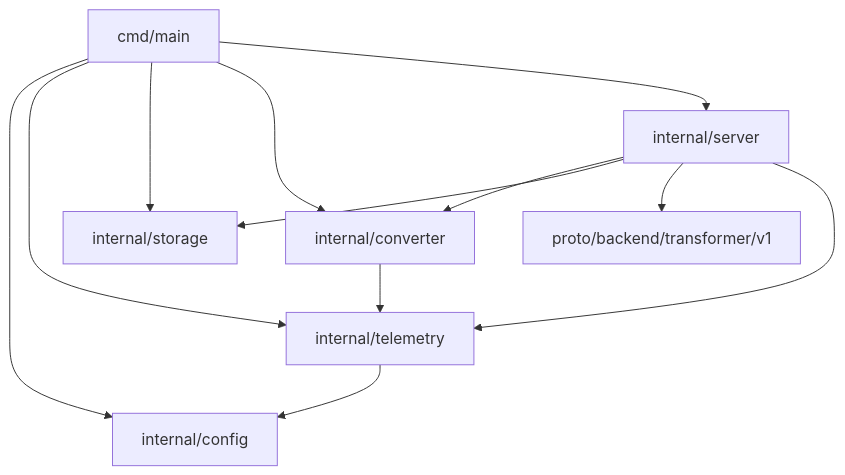
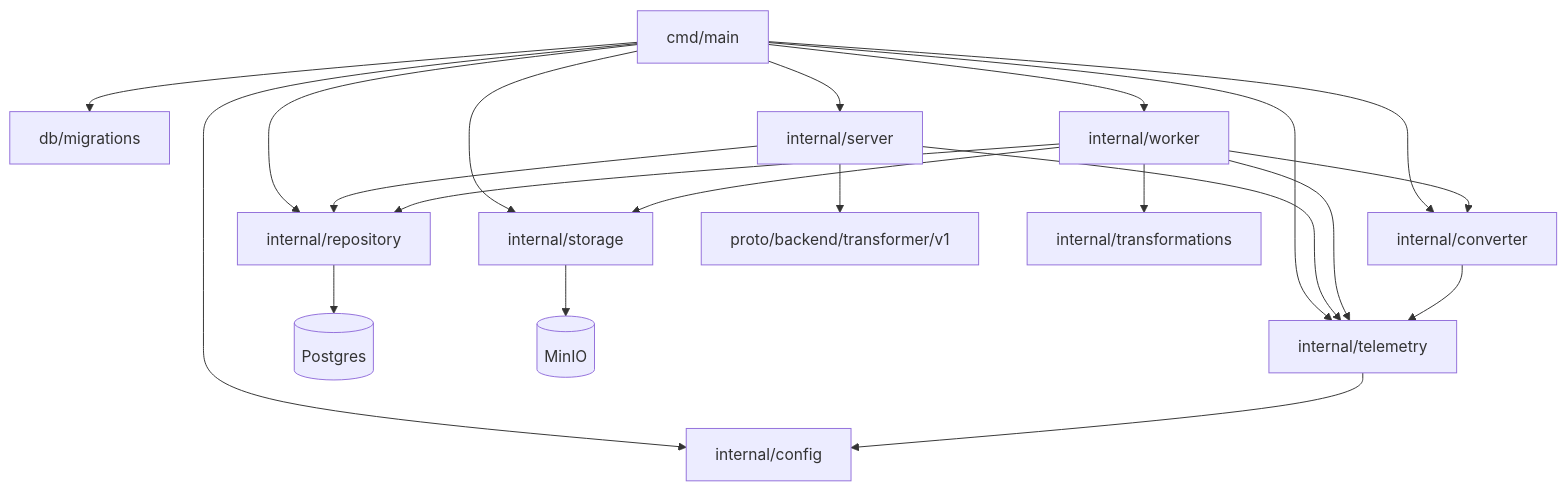
Before and after one commit to FedorovTeam/mono-repo: the diagram in backend/docling-transformer-service/code.md, drawn with Mermaid. The commit also changed other lines of this file, not shown here.

Commit message:
Update architecture documentation

````diff
--- a/backend/docling-transformer-service/code.md
+++ b/backend/docling-transformer-service/code.md
@@ -3,14 +3,23 @@
 ```mermaid
 graph TD
     main[cmd/main] --> cfg[internal/config]
     main --> telemetry[internal/telemetry]
+    main --> migrations[db/migrations]
     main --> storage[internal/storage]
+    main --> repo[internal/repository]
     main --> conv[internal/converter]
+    main --> worker[internal/worker]
     main --> srv[internal/server]
-    srv --> conv
-    srv --> storage
+    srv --> repo
+    srv --> telemetry
     srv --> proto[proto/backend/transformer/v1]
-    srv --> telemetry
+    worker --> repo
+    worker --> conv
+    worker --> storage
+    worker --> telemetry
+    worker --> transforms[internal/transformations]
+    repo --> postgres[(Postgres)]
+    storage --> minio[(MinIO)]
     conv --> telemetry
     telemetry --> cfg
 ```
````
